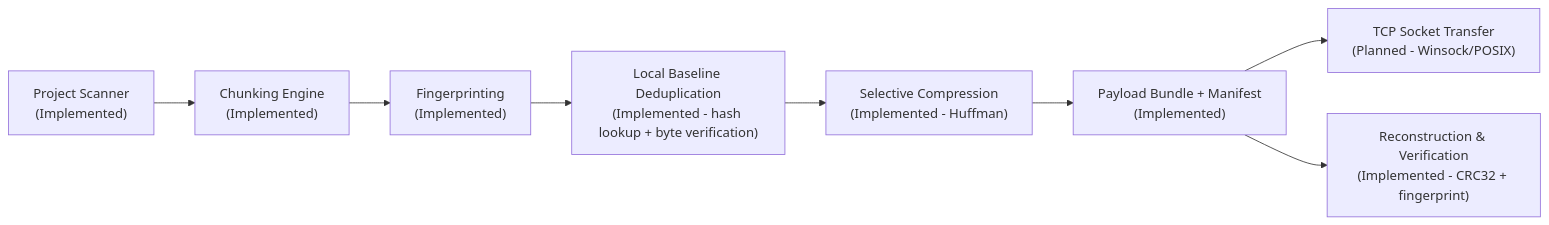
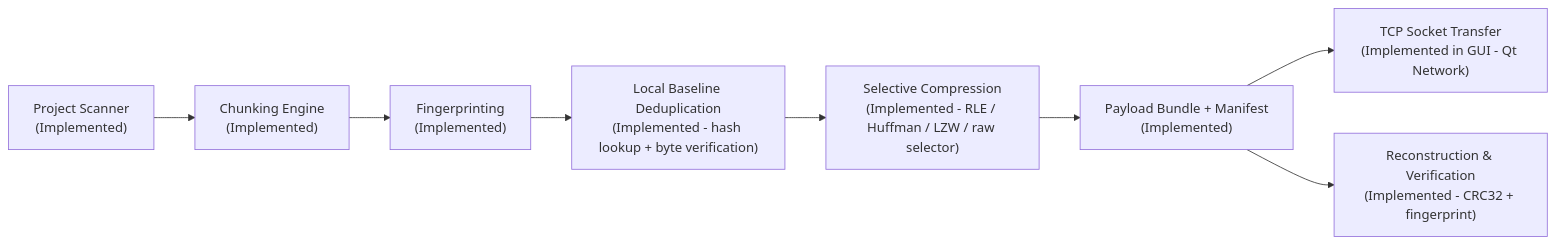
One commit to Abhi-Sharma2007/RetroTransfer changed the first of 2 diagrams in readme.md. Above: the diagram before and after it, drawn with Mermaid. The commit also changed other lines of this file and 14 other files, not shown here.

````diff
--- a/readme.md
+++ b/readme.md
@@ -145,10 +185,10 @@
 ```mermaid
 flowchart LR
     A["Project Scanner<br/>(Implemented)"] --> B["Chunking Engine<br/>(Implemented)"]
     B --> C["Fingerprinting<br/>(Implemented)"]
     C --> D["Local Baseline Deduplication<br/>(Implemented - hash lookup + byte verification)"]
-    D --> E["Selective Compression<br/>(Implemented - Huffman)"]
+    D --> E["Selective Compression<br/>(Implemented - RLE / Huffman / LZW / raw selector)"]
     E --> F["Payload Bundle + Manifest<br/>(Implemented)"]
-    F --> G["TCP Socket Transfer<br/>(Planned - Winsock/POSIX)"]
+    F --> G["TCP Socket Transfer<br/>(Implemented in GUI - Qt Network)"]
     F --> H["Reconstruction & Verification<br/>(Implemented - CRC32 + fingerprint)"]
 ```
````
